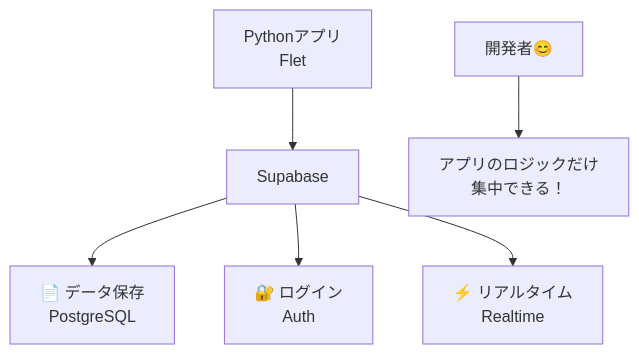
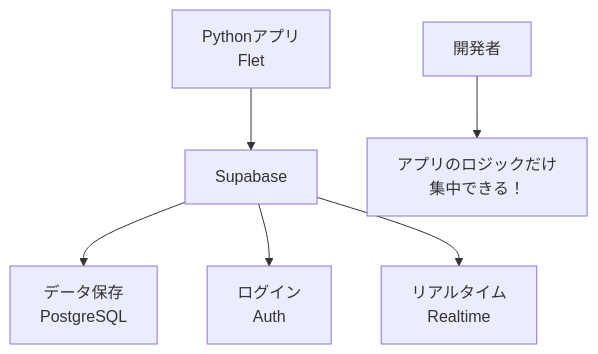
The second of 4 diagrams in docs/chapters/chapter03/index.md (itdojp/supabase-architecture-patterns-book), drawn with Mermaid before and after one commit. The commit also changed other lines of this file and 49 other files, not shown here.

````diff
--- a/docs/chapters/chapter03/index.md
+++ b/docs/chapters/chapter03/index.md
@@ -73,9 +73,9 @@
 ```mermaid
 flowchart TD
     A[Pythonアプリ<br/>Flet] --> B[Supabase]
-    B --> C[📄 データ保存<br/>PostgreSQL]
-    B --> D[🔐 ログイン<br/>Auth]
-    B --> E[⚡ リアルタイム<br/>Realtime]
+    B --> C[ データ保存<br/>PostgreSQL]
+    B --> D[ ログイン<br/>Auth]
+    B --> E[ リアルタイム<br/>Realtime]
     
-    F[開発者😊] --> G[アプリのロジックだけ<br/>集中できる！]
+    F[開発者] --> G[アプリのロジックだけ<br/>集中できる！]
 ```
````
